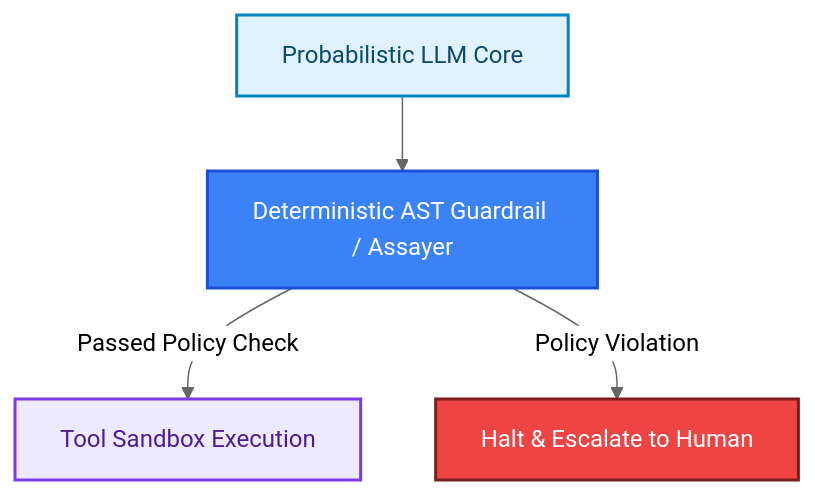
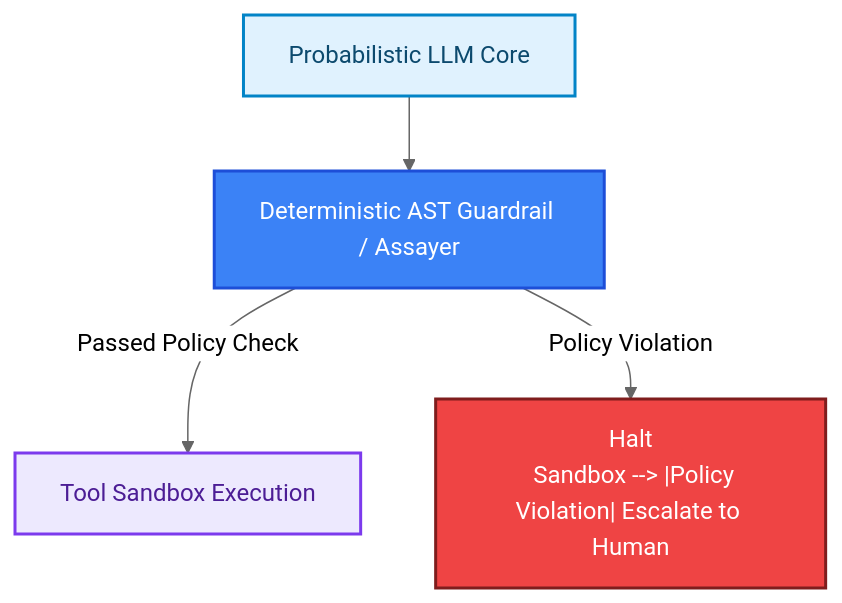
One commit to akmalkhaniub/akmalkhaniub.github.io changed the second of 2 diagrams in blog/posts/the-agentic-rush-picks-shovels-multi-agent-infrastructure.md. Above: the diagram before and after it, drawn with Mermaid (neutral theme). The commit also changed other lines of this file and 894 other files, not shown here.

Commit message:
feat(blog): upgrade all 444 posts with unique staggered dates, 2-col Mermaid spines, benchmark tables, code blocks, and trade-offs

````diff
--- a/blog/posts/the-agentic-rush-picks-shovels-multi-agent-infrastructure.md
+++ b/blog/posts/the-agentic-rush-picks-shovels-multi-agent-infrastructure.md
@@ -84,19 +91,20 @@
 ```mermaid
 flowchart TD
   AgentCore["Probabilistic LLM Core"] --> Guardrail["Deterministic AST Guardrail / Assayer"]
   Guardrail -->|Passed Policy Check| Sandbox["Tool Sandbox Execution"]
-  Guardrail -->|Policy Violation| CircuitBreaker["Halt & Escalate to Human"]
+  Guardrail --> |Policy Violation| CircuitBreaker["Halt
+  Sandbox --> |Policy Violation| Escalate to Human"]
   
   style Guardrail fill:#3b82f6,stroke:#1d4ed8,color:#ffffff
   style CircuitBreaker fill:#ef4444,stroke:#7f1d1d,color:#ffffff
 
 classDef green fill:#dcfce7,stroke:#16a34a,stroke-width:2px,color:#14532d;
 classDef red fill:#fee2e2,stroke:#dc2626,stroke-width:2px,color:#7f1d1d;
 classDef blue fill:#e0f2fe,stroke:#0284c7,stroke-width:2px,color:#0c4a6e;
 classDef yellow fill:#fef3c7,stroke:#d97706,stroke-width:2px,color:#78350f;
 classDef purple fill:#ede9fe,stroke:#7c3aed,stroke-width:2px,color:#4c1d95;
 class AgentCore blue
 class Guardrail green
 class Sandbox purple
 class CircuitBreaker yellow
 ```
````
